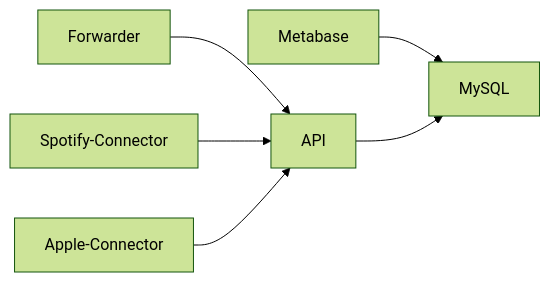
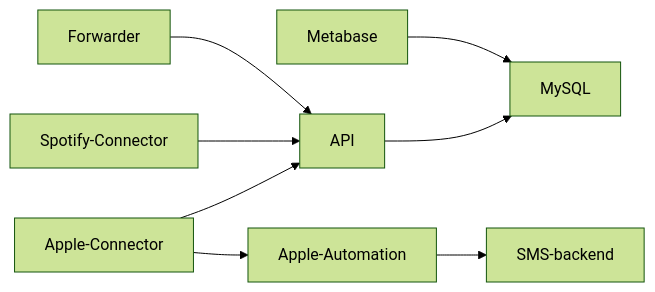
Before and after one commit to openpodcast/stack: the diagram in README.md, drawn with Mermaid (forest theme). The commit also changed other lines of this file, not shown here.

````diff
--- a/README.md
+++ b/README.md
@@ -17,8 +22,10 @@
 ```mermaid
 graph LR
   A[Metabase] --> B
   C[Forwarder] --> D[API]
   D --> B[MySQL]
   E[Spotify-Connector] --> D
   F[Apple-Connector] --> D
+  F --> G[Apple-Automation]
+  G --> H[SMS-backend]
 ```
````
